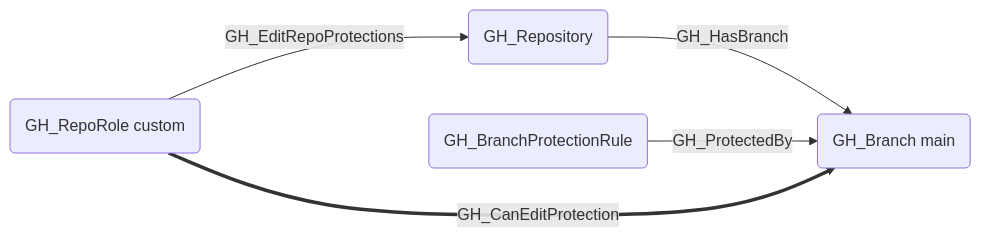
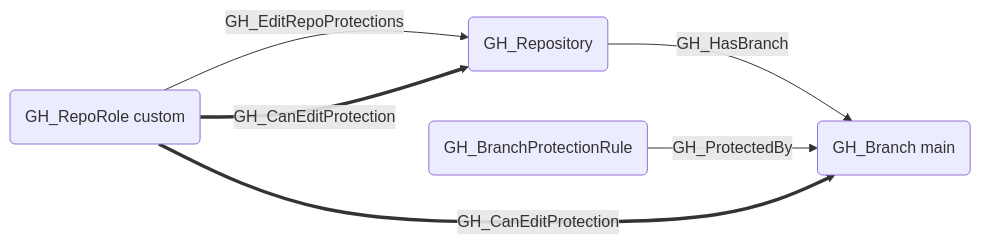
One commit to SpecterOps/GitHound changed the second of 2 diagrams in Documentation/EdgeDescriptions/GH_CanEditProtection.md. Above: the diagram before and after it, drawn with Mermaid. The commit also changed other lines of this file and 8 other files, not shown here.

````diff
--- a/Documentation/EdgeDescriptions/GH_CanEditProtection.md
+++ b/Documentation/EdgeDescriptions/GH_CanEditProtection.md
@@ -30,7 +31,8 @@
 ```mermaid
 graph LR
     role("GH_RepoRole custom") -->|GH_EditRepoProtections| repo("GH_Repository")
     repo -->|GH_HasBranch| branch("GH_Branch main")
     bpr("GH_BranchProtectionRule") -->|GH_ProtectedBy| branch
+    role ==>|GH_CanEditProtection| repo
     role ==>|GH_CanEditProtection| branch
 ```
````
